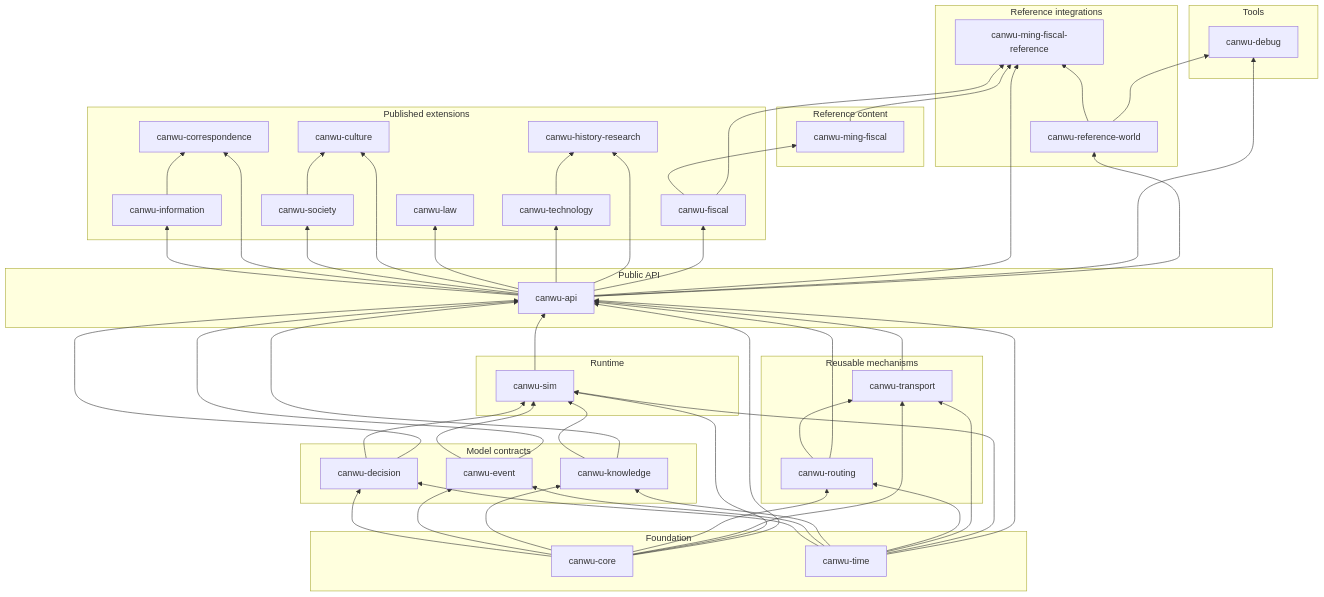
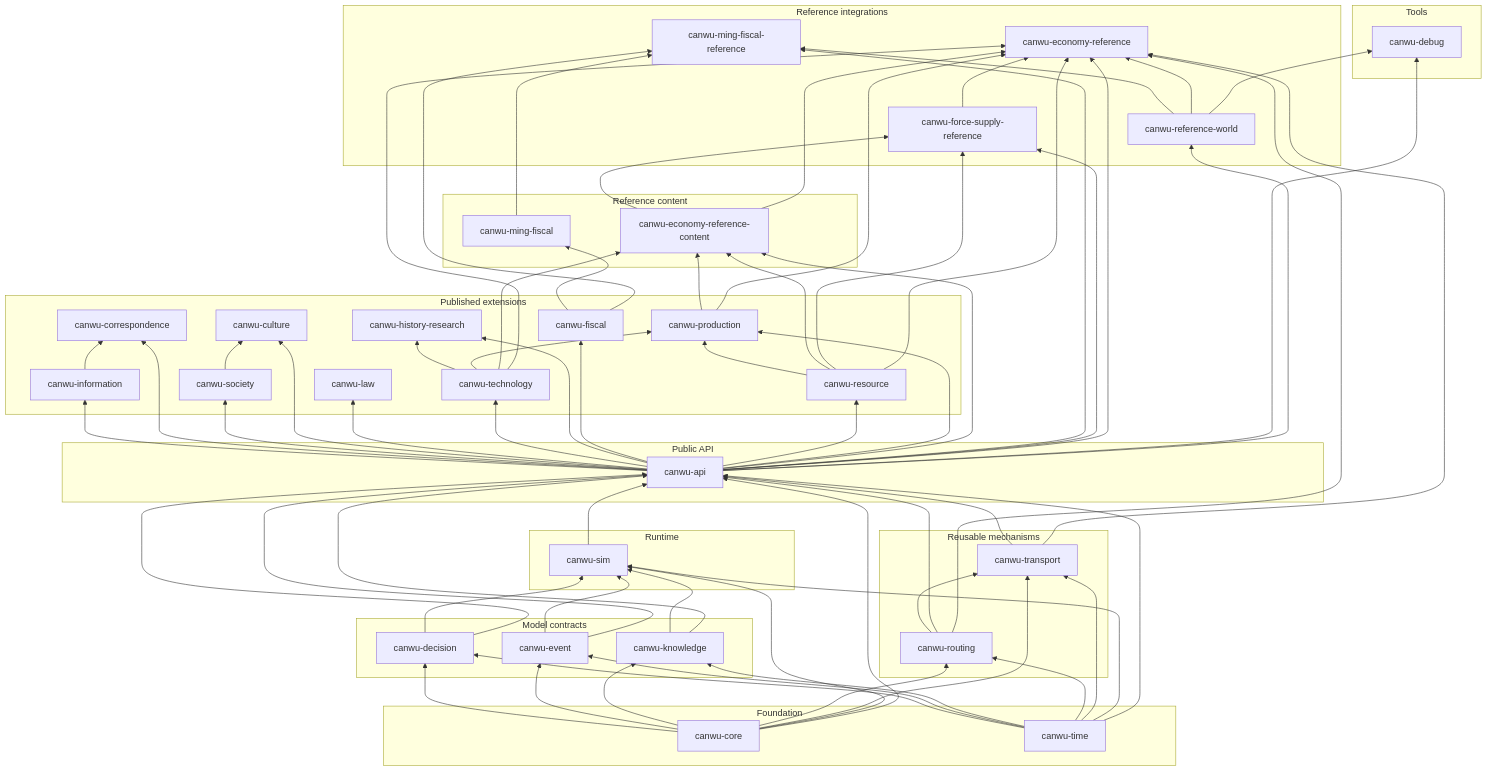
One commit to PeiyuanQi/canwu changed the diagram in crates/README.md. Above: the diagram before and after it, drawn with Mermaid. The commit also changed other lines of this file and 102 other files, not shown here.

Commit message:
feat: add production resource and force simulation layers

```diff
--- a/crates/README.md
+++ b/crates/README.md
@@ -34,8 +34,13 @@
     technology["canwu-technology"]
     history["canwu-history-research"]
     fiscal["canwu-fiscal"]
+    resource["canwu-resource"]
+    production["canwu-production"]
     ming_fiscal["canwu-ming-fiscal"]
+    economy_content["canwu-economy-reference-content"]
     ming_reference["canwu-ming-fiscal-reference"]
+    force_supply["canwu-force-supply-reference"]
+    economy_reference["canwu-economy-reference"]
     debug["canwu-debug"]
 
     subgraph tools["Tools"]
@@ -44,9 +49,12 @@
     subgraph integrations["Reference integrations"]
         reference_world
         ming_reference
+        force_supply
+        economy_reference
     end
     subgraph reference_content["Reference content"]
         ming_fiscal
+        economy_content
     end
     subgraph extensions["Published extensions"]
         information
@@ -57,6 +65,8 @@
         technology
         history
         fiscal
+        resource
+        production
     end
     subgraph PublicApi["Public API"]
         api
@@ -117,11 +127,31 @@
     api --> history
     technology --> history
     api --> fiscal
+    api --> resource
+    api --> production
+    resource --> production
+    technology --> production
     fiscal --> ming_fiscal
+    api --> economy_content
+    resource --> economy_content
+    production --> economy_content
+    technology --> economy_content
     api --> ming_reference
     fiscal --> ming_reference
     ming_fiscal --> ming_reference
     reference_world --> ming_reference
+    api --> force_supply
+    resource --> force_supply
+    economy_content --> force_supply
+    api --> economy_reference
+    resource --> economy_reference
+    production --> economy_reference
+    economy_content --> economy_reference
+    force_supply --> economy_reference
+    routing --> economy_reference
+    transport --> economy_reference
+    technology --> economy_reference
+    reference_world --> economy_reference
     api --> debug
     api --> reference_world
     reference_world --> debug
```
